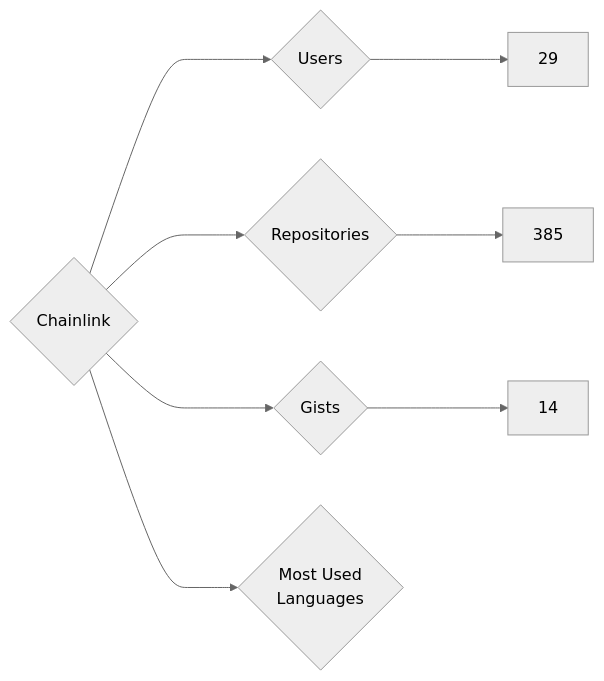
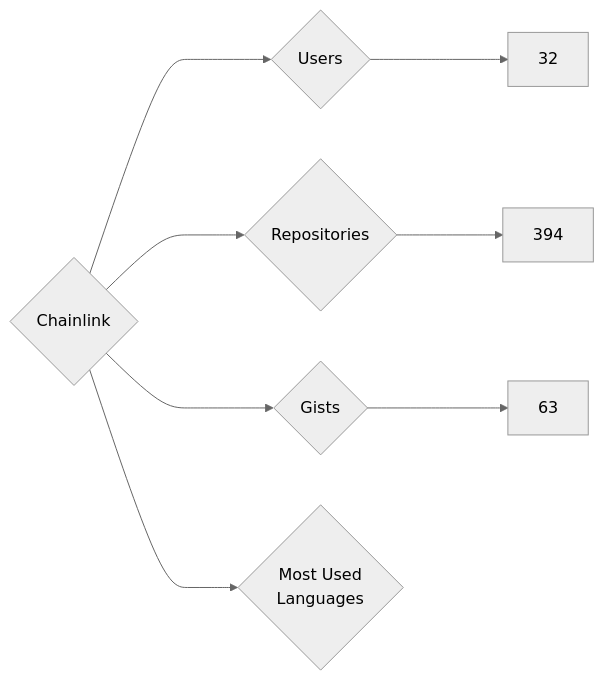
Before and after one commit to nenadzaric/insiders: the diagram in targets/Chainlink/README.md, drawn with Mermaid (neutral theme). The commit also changed 1342 other files, not shown here.

````diff
--- a/targets/Chainlink/README.md
+++ b/targets/Chainlink/README.md
@@ -3,8 +3,8 @@
 ```mermaid
 graph LR
 COMPANY_NAME{Chainlink}
-COMPANY_NAME ---> U{Users} ---> UN[29]
-COMPANY_NAME ---> R{Repositories} ---> RN[385]
-COMPANY_NAME ---> G{Gists} ---> GN[14]
+COMPANY_NAME ---> U{Users} ---> UN[32]
+COMPANY_NAME ---> R{Repositories} ---> RN[394]
+COMPANY_NAME ---> G{Gists} ---> GN[63]
 COMPANY_NAME ---> ML{Most Used<br>Languages}
 ```
````
